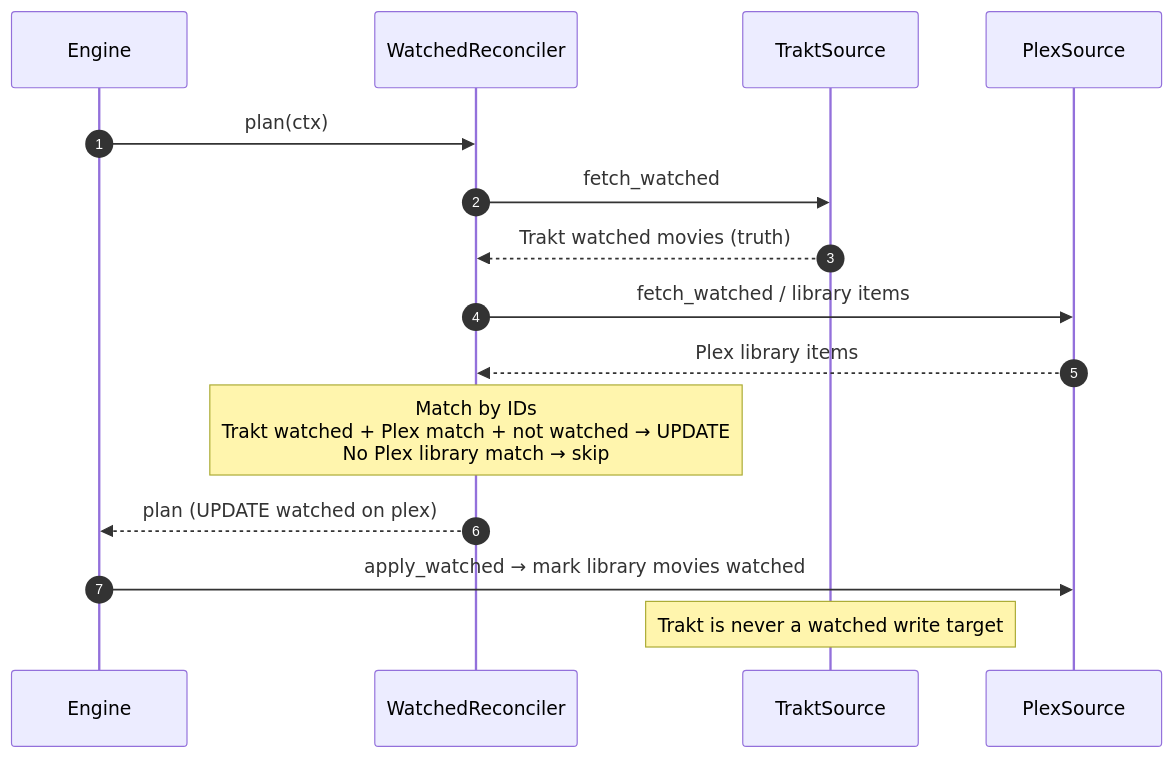
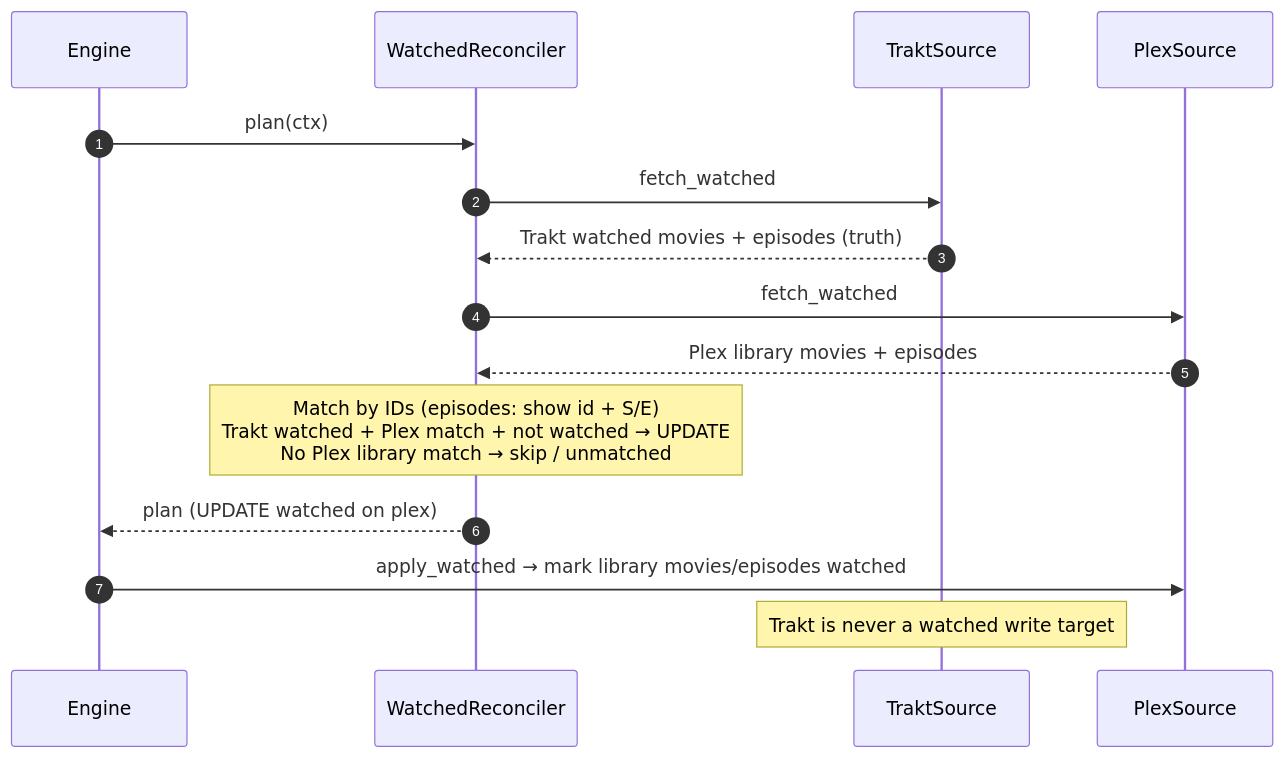
The tenth of 11 diagrams in docs/sync-flows.md (CampAsAChamp/plextraktbox), drawn with Mermaid before and after one commit. The commit also changed other lines of this file and 7 other files, not shown here.

````diff
--- a/docs/sync-flows.md
+++ b/docs/sync-flows.md
@@ -228,20 +229,20 @@
 ```mermaid
 sequenceDiagram
   autonumber
   participant Eng as Engine
   participant Rec as WatchedReconciler
   participant Trakt as TraktSource
   participant Plex as PlexSource
 
   Eng->>Rec: plan(ctx)
   Rec->>Trakt: fetch_watched
-  Trakt-->>Rec: Trakt watched movies (truth)
-  Rec->>Plex: fetch_watched / library items
-  Plex-->>Rec: Plex library items
+  Trakt-->>Rec: Trakt watched movies + episodes (truth)
+  Rec->>Plex: fetch_watched
+  Plex-->>Rec: Plex library movies + episodes
 
-  Note over Rec: Match by IDs<br/>Trakt watched + Plex match + not watched → UPDATE<br/>No Plex library match → skip
+  Note over Rec: Match by IDs (episodes: show id + S/E)<br/>Trakt watched + Plex match + not watched → UPDATE<br/>No Plex library match → skip / unmatched
 
   Rec-->>Eng: plan (UPDATE watched on plex)
-  Eng->>Plex: apply_watched → mark library movies watched
+  Eng->>Plex: apply_watched → mark library movies/episodes watched
   Note over Trakt: Trakt is never a watched write target
 ```
````
